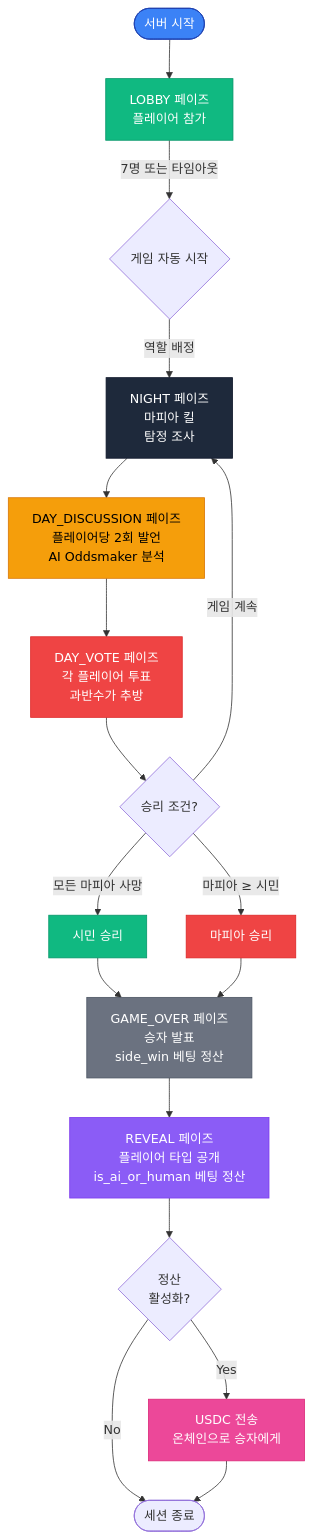
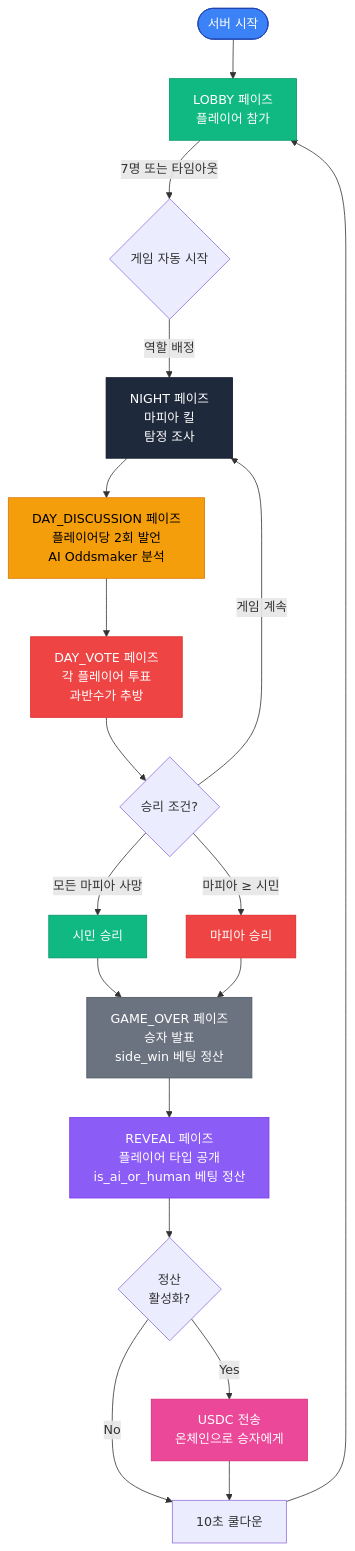
One commit to 0xarkstar/mafi-AI changed the second of 6 diagrams in docs/USERFLOW.ko.md. Above: the diagram before and after it, drawn with Mermaid. The commit also changed other lines of this file and 3 other files, not shown here.

First line of the commit message:
docs: sync userflow, flowcharts, and READMEs with current product state

````diff
--- a/docs/USERFLOW.ko.md
+++ b/docs/USERFLOW.ko.md
@@ -181,38 +181,39 @@
 ```mermaid
 flowchart TD
     Start([서버 시작]) --> Lobby[LOBBY 페이즈<br/>플레이어 참가]
 
     Lobby -->|7명 또는 타임아웃| Start_Game{게임 자동 시작}
     Start_Game -->|역할 배정| Night[NIGHT 페이즈<br/>마피아 킬<br/>탐정 조사]
 
     Night --> Day_Discussion[DAY_DISCUSSION 페이즈<br/>플레이어당 2회 발언<br/>AI Oddsmaker 분석]
 
     Day_Discussion --> Day_Vote[DAY_VOTE 페이즈<br/>각 플레이어 투표<br/>과반수가 추방]
 
     Day_Vote --> Win_Check{승리 조건?}
 
     Win_Check -->|모든 마피아 사망| Citizens_Win[시민 승리]
     Win_Check -->|마피아 ≥ 시민| Mafia_Win[마피아 승리]
     Win_Check -->|게임 계속| Night
 
     Citizens_Win --> Game_Over[GAME_OVER 페이즈<br/>승자 발표<br/>side_win 베팅 정산]
     Mafia_Win --> Game_Over
 
     Game_Over --> Reveal[REVEAL 페이즈<br/>플레이어 타입 공개<br/>is_ai_or_human 베팅 정산]
 
     Reveal --> Settlement{정산<br/>활성화?}
     Settlement -->|Yes| USDC[USDC 전송<br/>온체인으로 승자에게]
-    Settlement -->|No| End
-    USDC --> End([세션 종료])
+    Settlement -->|No| Cooldown
+    USDC --> Cooldown
+    Cooldown[10초 쿨다운] --> Lobby
 
     style Start fill:#3b82f6,stroke:#1e40af,color:#fff
     style Lobby fill:#10b981,stroke:#059669,color:#fff
     style Night fill:#1e293b,stroke:#0f172a,color:#fff
     style Day_Discussion fill:#f59e0b,stroke:#d97706,color:#000
     style Day_Vote fill:#ef4444,stroke:#dc2626,color:#fff
     style Citizens_Win fill:#10b981,stroke:#059669,color:#fff
     style Mafia_Win fill:#ef4444,stroke:#dc2626,color:#fff
     style Game_Over fill:#6b7280,stroke:#4b5563,color:#fff
     style Reveal fill:#8b5cf6,stroke:#7c3aed,color:#fff
     style USDC fill:#ec4899,stroke:#db2777,color:#fff
 ```
````
